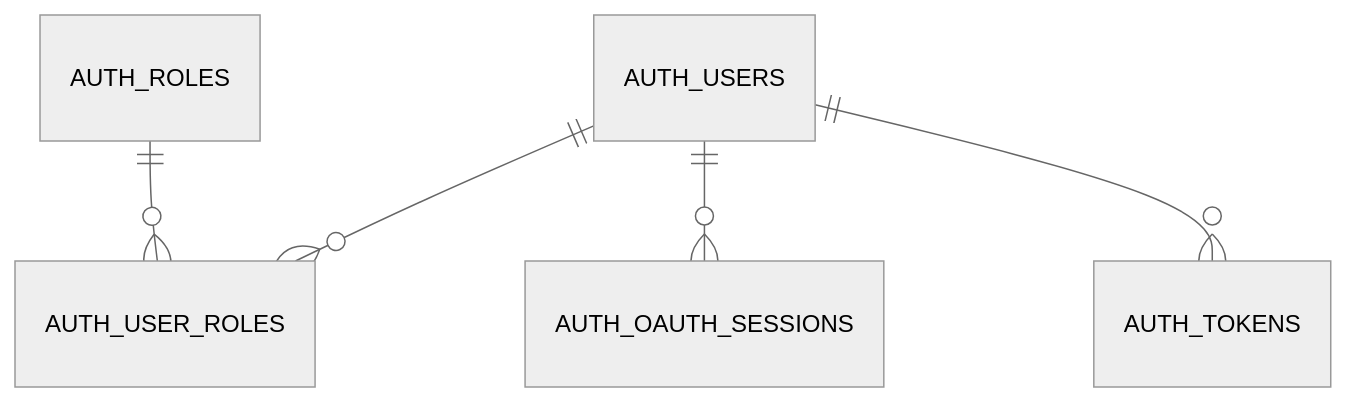
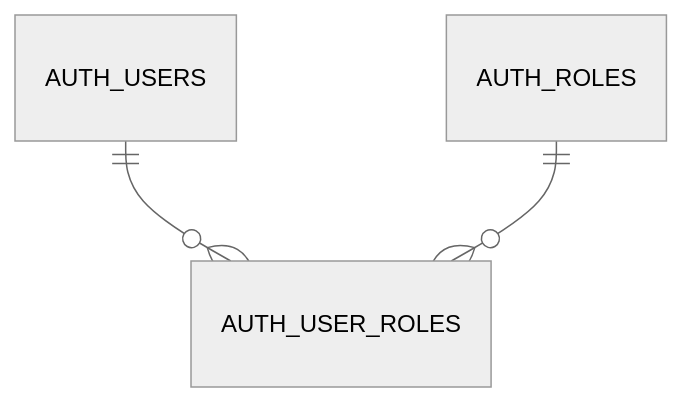
Before and after one commit to arhipvp/CRM_2.0: the first of 6 diagrams in docs/data-model.md, drawn with Mermaid (neutral theme). The commit also changed other lines of this file, not shown here.

Commit message:
docs: актуализировать схему auth

````diff
--- a/docs/data-model.md
+++ b/docs/data-model.md
@@ -15,7 +15,5 @@
 ```mermaid
 erDiagram
     AUTH_USERS ||--o{ AUTH_USER_ROLES : ""
     AUTH_ROLES ||--o{ AUTH_USER_ROLES : ""
-    AUTH_USERS ||--o{ AUTH_OAUTH_SESSIONS : ""
-    AUTH_USERS ||--o{ AUTH_TOKENS : ""
 ```
````
